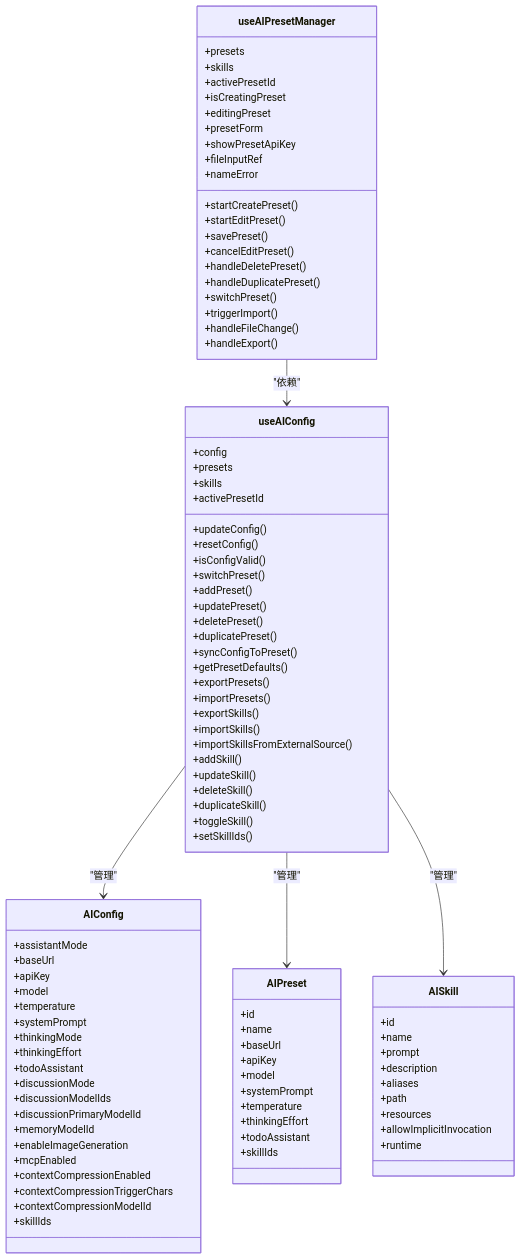
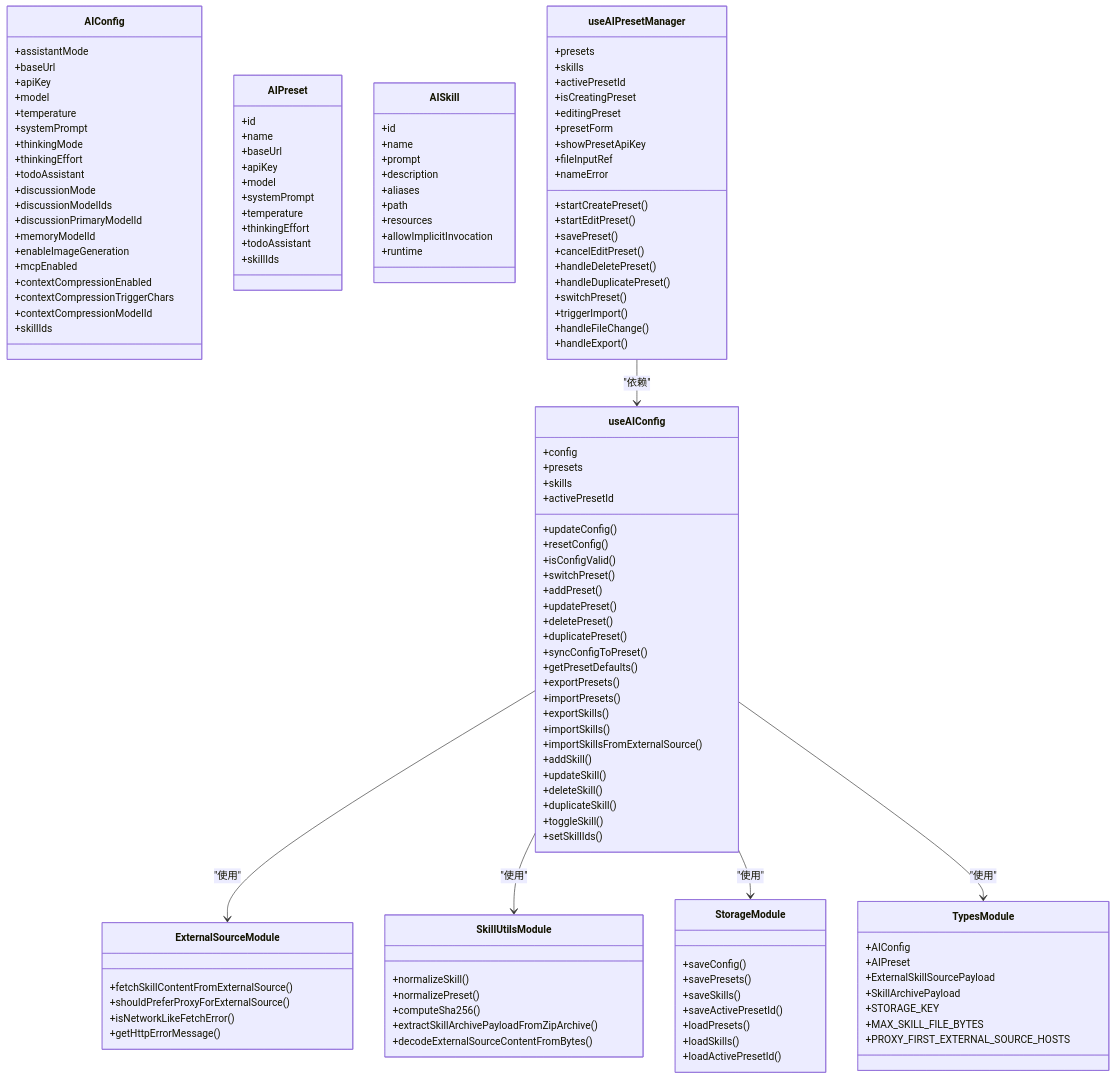
The second of 5 diagrams in .qoder/repowiki/zh/content/核心模块/AI助手系统/预设配置.md (xixixiaoyu/Todo), drawn with Mermaid before and after one commit. The commit also changed other lines of this file and 5 other files, not shown here.

````diff
--- a/.qoder/repowiki/zh/content/核心模块/AI助手系统/预设配置.md
+++ b/.qoder/repowiki/zh/content/核心模块/AI助手系统/预设配置.md
@@ -148,6 +165,37 @@
 +resources
 +allowImplicitInvocation
 +runtime
+}
+class ExternalSourceModule {
++fetchSkillContentFromExternalSource()
++shouldPreferProxyForExternalSource()
++isNetworkLikeFetchError()
++getHttpErrorMessage()
+}
+class SkillUtilsModule {
++normalizeSkill()
++normalizePreset()
++computeSha256()
++extractSkillArchivePayloadFromZipArchive()
++decodeExternalSourceContentFromBytes()
+}
+class StorageModule {
++saveConfig()
++savePresets()
++saveSkills()
++saveActivePresetId()
++loadPresets()
++loadSkills()
++loadActivePresetId()
+}
+class TypesModule {
++AIConfig
++AIPreset
++ExternalSkillSourcePayload
++SkillArchivePayload
++STORAGE_KEY
++MAX_SKILL_FILE_BYTES
++PROXY_FIRST_EXTERNAL_SOURCE_HOSTS
 }
 class useAIConfig {
 +config
@@ -197,8 +245,9 @@
 +handleFileChange()
 +handleExport()
 }
+useAIConfig --> ExternalSourceModule : "使用"
+useAIConfig --> SkillUtilsModule : "使用"
+useAIConfig --> StorageModule : "使用"
+useAIConfig --> TypesModule : "使用"
 useAIPresetManager --> useAIConfig : "依赖"
-useAIConfig --> AIConfig : "管理"
-useAIConfig --> AIPreset : "管理"
-useAIConfig --> AISkill : "管理"
 ```
````
